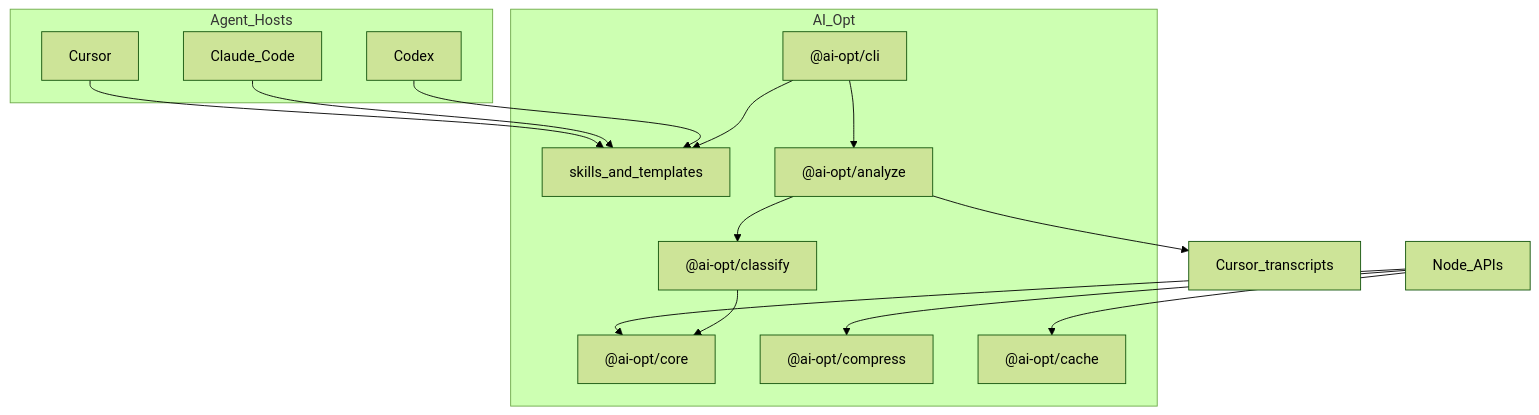
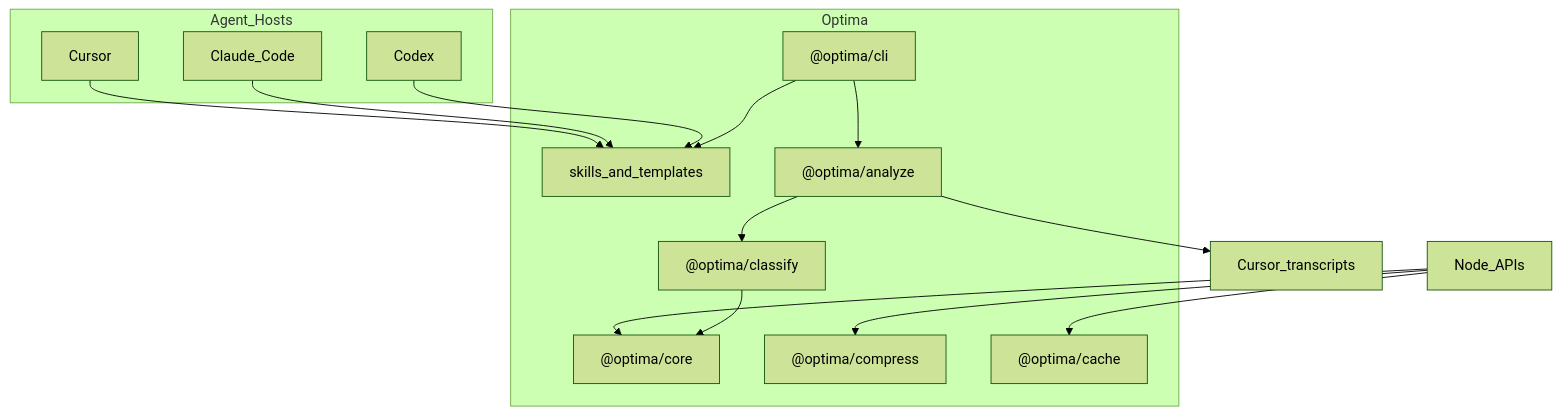
The first of 4 diagrams in docs/architecture.md (julienlhk/optima), drawn with Mermaid (forest theme) before and after one commit. The commit also changed other lines of this file and 52 other files, not shown here.

````diff
--- a/docs/architecture.md
+++ b/docs/architecture.md
@@ -5,33 +5,33 @@
 ```mermaid
 flowchart TB
   subgraph hosts [Agent_Hosts]
     Cursor[Cursor]
     Claude[Claude_Code]
     Codex[Codex]
   end
 
-  subgraph aiopt [AI_Opt]
+  subgraph optimaStack [Optima]
     Skills[skills_and_templates]
-    CLI["@ai-opt/cli"]
-    Analyze["@ai-opt/analyze"]
-    Core["@ai-opt/core"]
-    Classify["@ai-opt/classify"]
-    Compress["@ai-opt/compress"]
-    Cache["@ai-opt/cache"]
+    CLI["@optima/cli"]
+    Analyze["@optima/analyze"]
+    Core["@optima/core"]
+    Classify["@optima/classify"]
+    Compress["@optima/compress"]
+    Cache["@optima/cache"]
   end
 
   Apps[Node_APIs]
   Transcripts[Cursor_transcripts]
 
   Cursor --> Skills
   Claude --> Skills
   Codex --> Skills
   CLI --> Skills
   CLI --> Analyze
   Analyze --> Transcripts
   Analyze --> Classify
   Apps --> Core
   Apps --> Cache
   Apps --> Compress
   Classify --> Core
 ```
````
